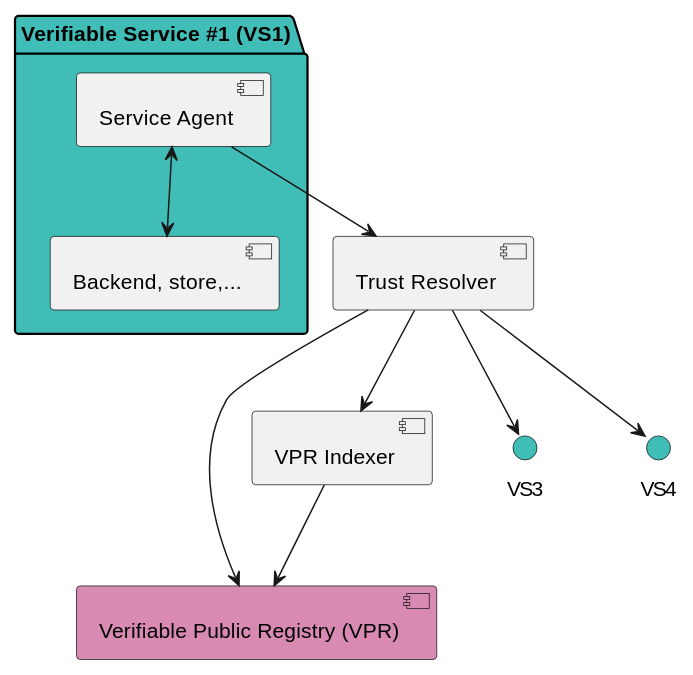
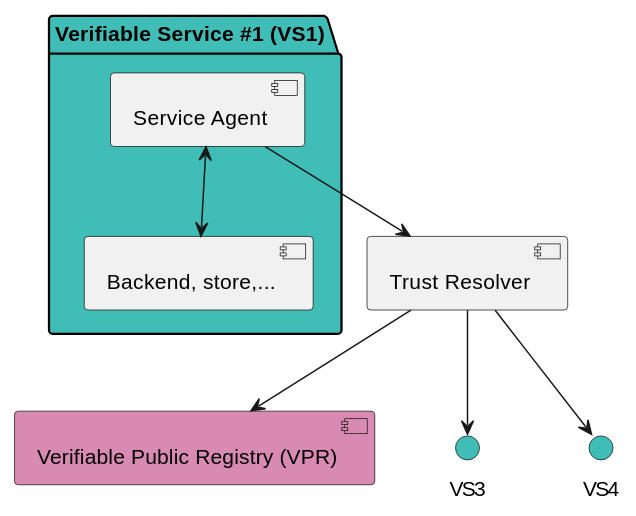
The second of 4 diagrams in docs/learn/verifiable-trust/30-components.md (verana-labs/verana-docs), drawn with PlantUML before and after one commit.

Commit message:
schema updates

````diff
--- a/docs/learn/verifiable-trust/30-components.md
+++ b/docs/learn/verifiable-trust/30-components.md
@@ -30,33 +30,30 @@
 ```plantuml
 @startuml
 
 [Verifiable Public Registry (VPR)] as VPR #D88AB3
 
 
 package "Verifiable Service #1 (VS1)" as VS1 #3fbdb6 {
   [Service Agent] as VS1sa 
   [Backend, store,...] as VS1b 
    VS1sa <--> VS1b
 }
 [Trust Resolver] as VS1tr
-    [VPR Indexer] as VS1idx
     VS1sa --> VS1tr
-    VS1tr --> VS1idx
 
 
 interface VS3 #3fbdb6
 interface VS4 #3fbdb6
 
 
 
 
 VS1tr --> VPR
 VS1tr --> VS3
 VS1tr --> VS4
 
-VS1idx --> VPR
 
 
 @enduml
 
 ```
````
